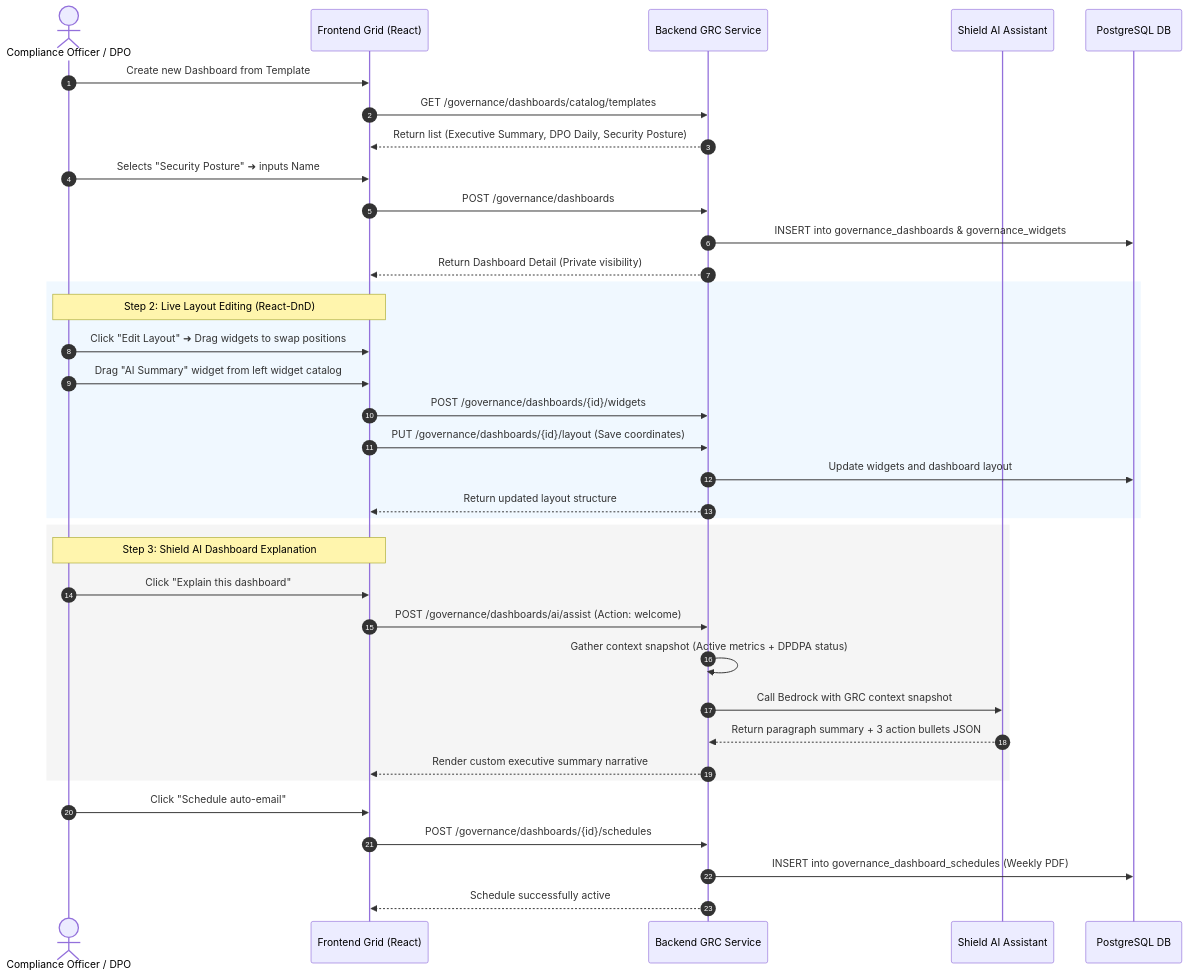
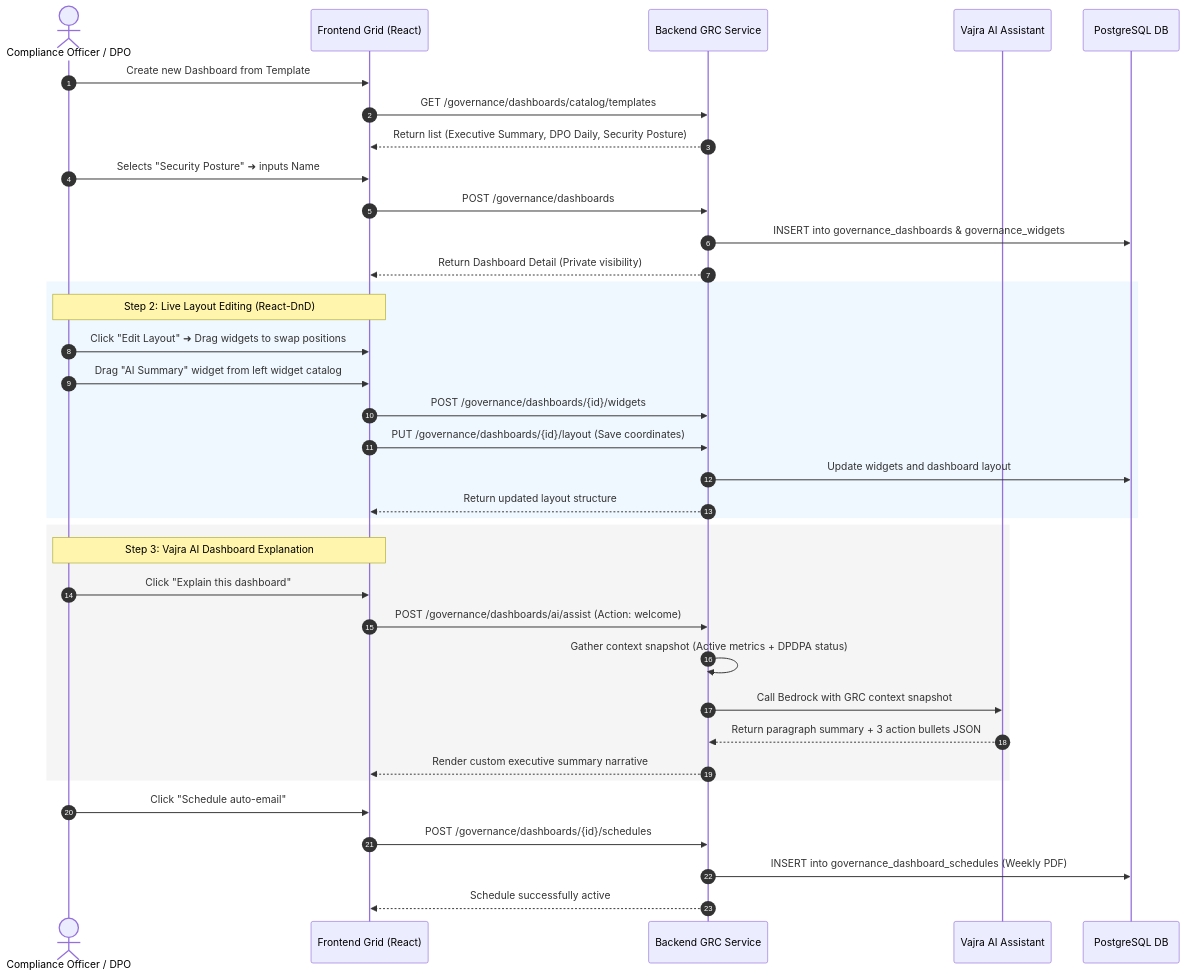
The second of 3 diagrams in docs/Governance/compliance_dashboards.md (shreyv7/hack), drawn with Mermaid before and after one commit. The commit also changed other lines of this file and 345 other files, not shown here.

````diff
--- a/docs/Governance/compliance_dashboards.md
+++ b/docs/Governance/compliance_dashboards.md
@@ -53,42 +53,42 @@
 ```mermaid
 sequenceDiagram
     autonumber
     actor Officer as Compliance Officer / DPO
     participant FE as Frontend Grid (React)
     participant BE as Backend GRC Service
-    participant AI as Shield AI Assistant
+    participant AI as Vajra AI Assistant
     participant DB as PostgreSQL DB
 
     Officer->>FE: Create new Dashboard from Template
     FE->>BE: GET /governance/dashboards/catalog/templates
     BE-->>FE: Return list (Executive Summary, DPO Daily, Security Posture)
     Officer->>FE: Selects "Security Posture" ➜ inputs Name
     FE->>BE: POST /governance/dashboards
     BE->>DB: INSERT into governance_dashboards & governance_widgets
     BE-->>FE: Return Dashboard Detail (Private visibility)
     
     rect rgb(240, 248, 255)
         Note over Officer, FE: Step 2: Live Layout Editing (React-DnD)
         Officer->>FE: Click "Edit Layout" ➜ Drag widgets to swap positions
         Officer->>FE: Drag "AI Summary" widget from left widget catalog
         FE->>BE: POST /governance/dashboards/{id}/widgets
         FE->>BE: PUT /governance/dashboards/{id}/layout (Save coordinates)
         BE->>DB: Update widgets and dashboard layout
         BE-->>FE: Return updated layout structure
     end
 
     rect rgb(245, 245, 245)
-        Note over Officer, FE: Step 3: Shield AI Dashboard Explanation
+        Note over Officer, FE: Step 3: Vajra AI Dashboard Explanation
         Officer->>FE: Click "Explain this dashboard"
         FE->>BE: POST /governance/dashboards/ai/assist (Action: welcome)
         BE->>BE: Gather context snapshot (Active metrics + DPDPA status)
         BE->>AI: Call Bedrock with GRC context snapshot
         AI-->>BE: Return paragraph summary + 3 action bullets JSON
         BE-->>FE: Render custom executive summary narrative
     end
 
     Officer->>FE: Click "Schedule auto-email"
     FE->>BE: POST /governance/dashboards/{id}/schedules
     BE->>DB: INSERT into governance_dashboard_schedules (Weekly PDF)
     BE-->>FE: Schedule successfully active
 ```
````
